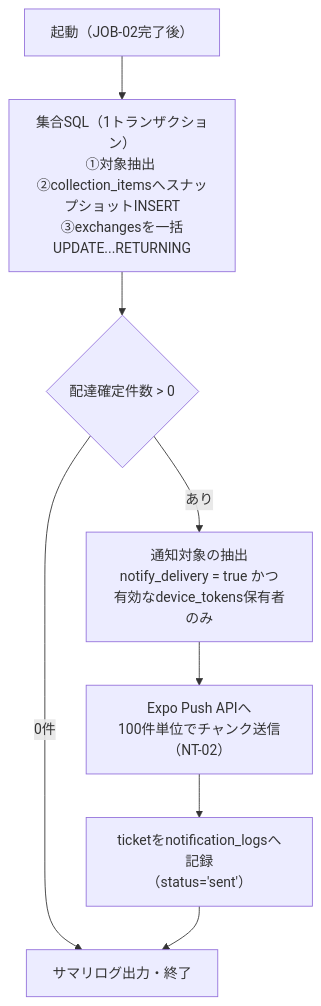
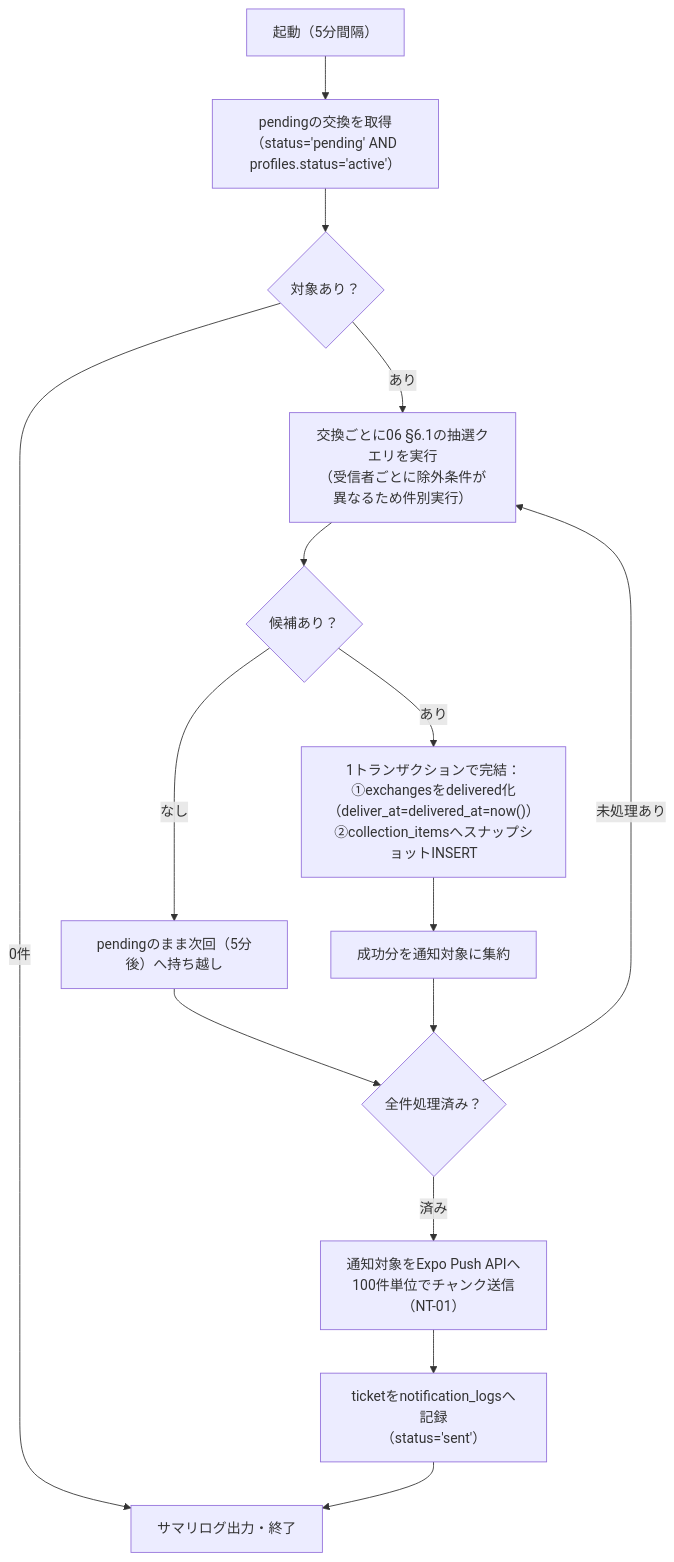
The second of 2 diagrams in docs/08_batch_design.md (yasudaProduct/machibin), drawn with Mermaid before and after one commit. The commit also changed other lines of this file and 11 other files, not shown here.

````diff
--- a/docs/08_batch_design.md
+++ b/docs/08_batch_design.md
@@ -175,10 +194,17 @@
 ```mermaid
 flowchart TD
-    A["起動（JOB-02完了後）"] --> B["集合SQL（1トランザクション）<br/>①対象抽出 ②collection_itemsへスナップショットINSERT<br/>③exchangesを一括UPDATE...RETURNING"]
-    B --> C{"配達確定件数 > 0"}
+    A["起動（5分間隔）"] --> B["pendingの交換を取得<br/>（status='pending' AND profiles.status='active'）"]
+    B --> C{"対象あり？"}
     C -- "0件" --> Z["サマリログ出力・終了"]
-    C -- "あり" --> D["通知対象の抽出<br/>notify_delivery = true かつ<br/>有効なdevice_tokens保有者のみ"]
-    D --> E["Expo Push APIへ<br/>100件単位でチャンク送信（NT-02）"]
-    E --> F["ticketをnotification_logsへ記録<br/>（status='sent'）"]
-    F --> Z
+    C -- "あり" --> D["交換ごとに06 §6.1の抽選クエリを実行<br/>（受信者ごとに除外条件が異なるため件別実行）"]
+    D --> E{"候補あり？"}
+    E -- "なし" --> F["pendingのまま次回（5分後）へ持ち越し"]
+    E -- "あり" --> G["1トランザクションで完結：<br/>①exchangesをdelivered化（deliver_at=delivered_at=now()）<br/>②collection_itemsへスナップショットINSERT"]
+    G --> H["成功分を通知対象に集約"]
+    F --> I{"全件処理済み？"}
+    H --> I
+    I -- "未処理あり" --> D
+    I -- "済み" --> J["通知対象をExpo Push APIへ<br/>100件単位でチャンク送信（NT-01）"]
+    J --> K["ticketをnotification_logsへ記録<br/>（status='sent'）"]
+    K --> Z
 ```
````
